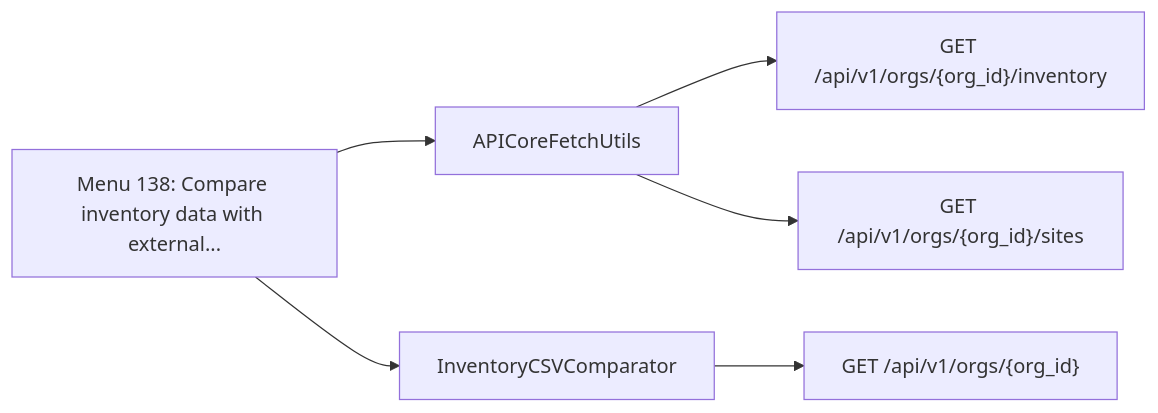
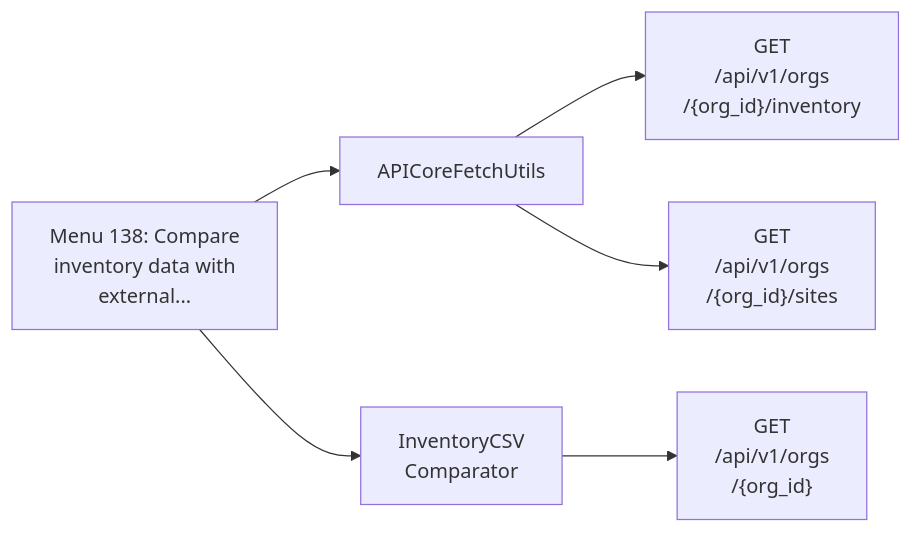
One commit to jmorrison-juniper/MistHelper changed diagram 16 of 28 in documentation/menu-api/interactive.md. Above: the diagram before and after it, drawn with Mermaid. The commit also changed other lines of this file and 19 other files, not shown here.

First line of the commit message:
docs(menu-api): fit the Mermaid diagrams to the wiki column

````diff
--- a/documentation/menu-api/interactive.md
+++ b/documentation/menu-api/interactive.md
@@ -547,9 +399,9 @@
 ```mermaid
 flowchart LR
-    menu["Menu 138: Compare inventory data with external..."]
+    menu["Menu 138: Compare<br/>inventory data with<br/>external..."]
     menu --> c1["APICoreFetchUtils"]
-    c1 --> e1["GET /api/v1/orgs/{org_id}/inventory"]
-    c1 --> e2["GET /api/v1/orgs/{org_id}/sites"]
-    menu --> c2["InventoryCSVComparator"]
-    c2 --> e3["GET /api/v1/orgs/{org_id}"]
+    c1 --> e1["GET<br/>/api/v1/orgs<br/>/{org_id}/inventory"]
+    c1 --> e2["GET<br/>/api/v1/orgs<br/>/{org_id}/sites"]
+    menu --> c2["InventoryCSV<br/>Comparator"]
+    c2 --> e3["GET<br/>/api/v1/orgs<br/>/{org_id}"]
 ```
````
